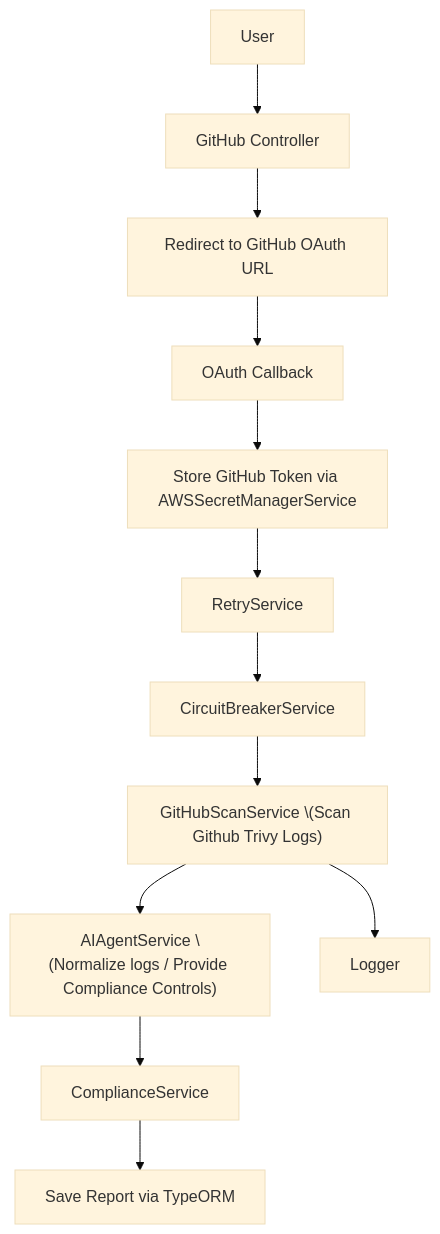
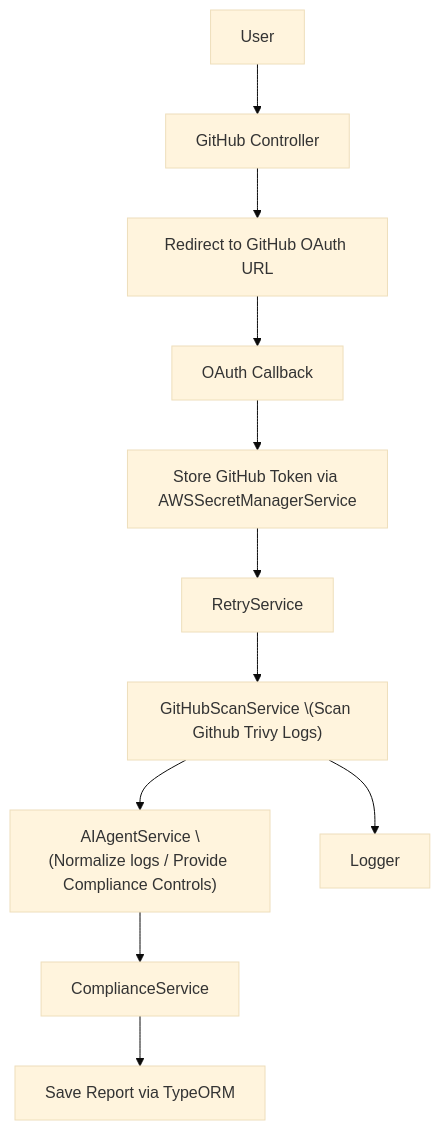
One commit to SergiuT/audit-forge changed the diagram in docs/github.md. Above: the diagram before and after it, drawn with Mermaid (base theme). The commit also changed 4 other files, not shown here.

Commit message:
Update diagrams

````diff
--- a/docs/github.md
+++ b/docs/github.md
@@ -1,14 +1,13 @@
 ```mermaid
 graph TD;
     User[User] --> GitHubController["GitHub Controller"];
     GitHubController --> OAuth["Redirect to GitHub OAuth URL"];
     OAuth --> Callback["OAuth Callback"];
     Callback --> Token["Store GitHub Token via AWSSecretManagerService"];
     Token --> Retry["RetryService"];
-    Retry --> Circuit["CircuitBreakerService"];
-    Circuit --> GitHubScan["GitHubScanService \(Scan Github Trivy Logs)"];
+    Retry --> GitHubScan["GitHubScanService \(Scan Github Trivy Logs)"];
     GitHubScan --> AIAgent["AIAgentService \(Normalize logs / Provide Compliance Controls)"]
     AIAgent --> Compliance["ComplianceService"];
     Compliance --> DB["Save Report via TypeORM"];
     GitHubScan --> Logger["Logger"];
 ```
````
